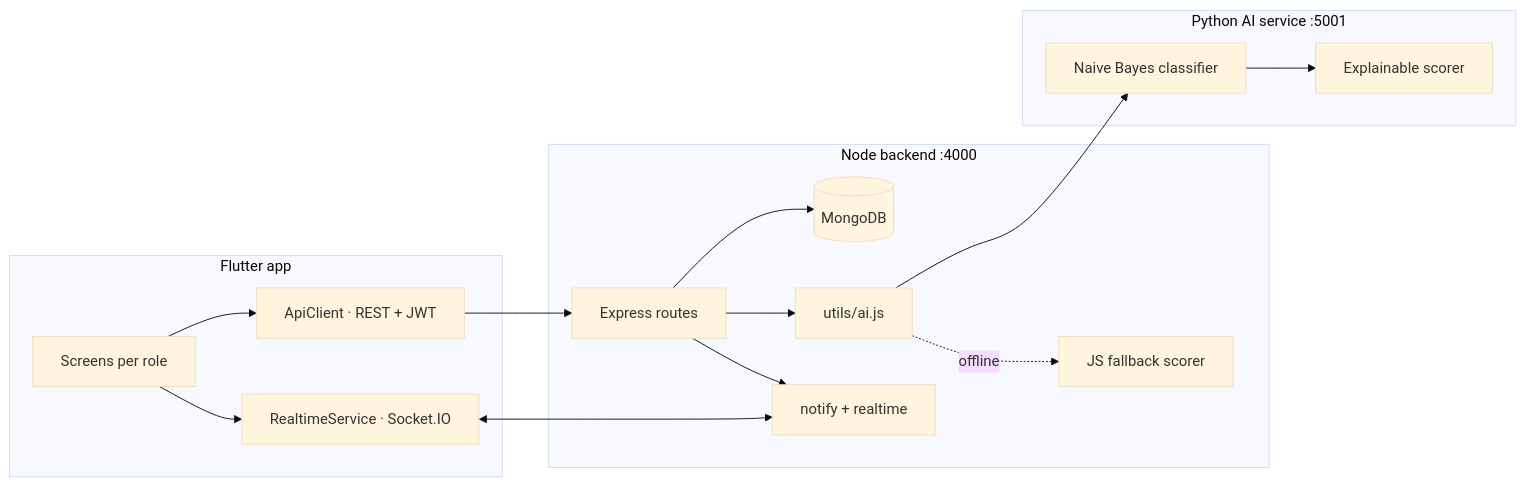
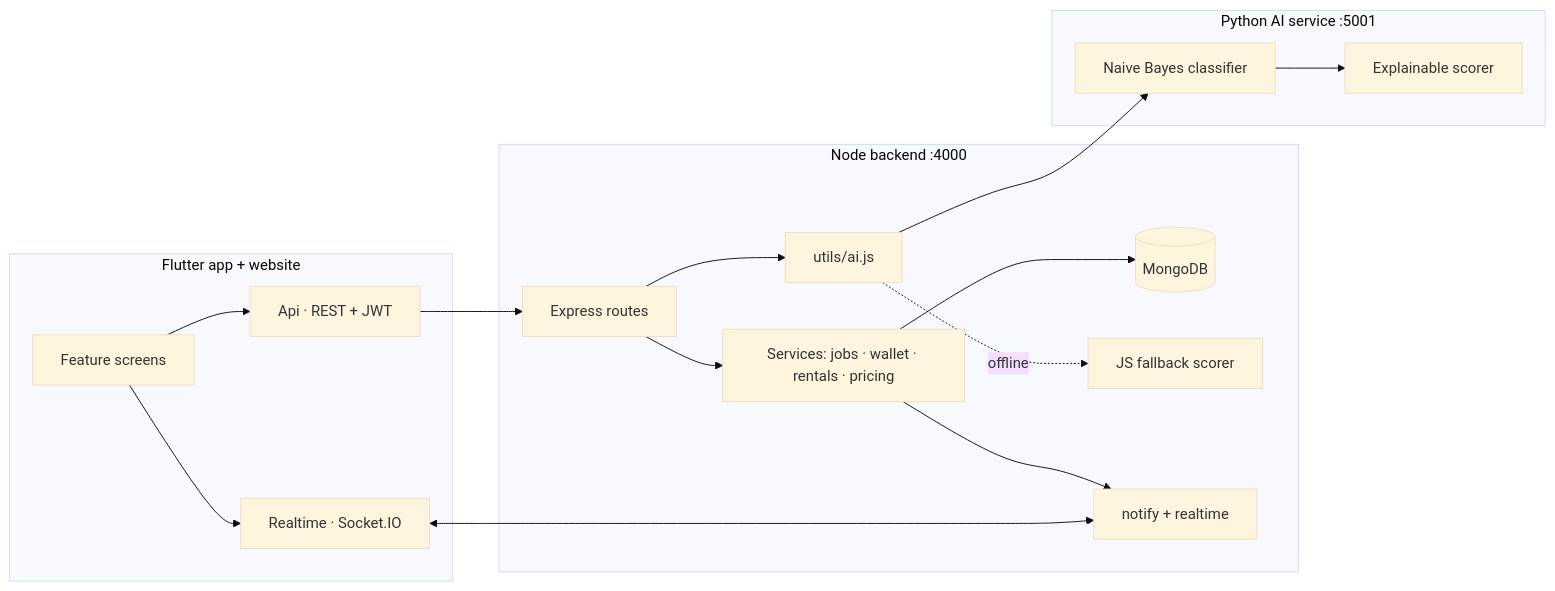
Before and after one commit to haroon7290/surefixing: the diagram in README.md, drawn with Mermaid (base theme). The commit also changed other lines of this file and 146 other files, not shown here.

````diff
--- a/README.md
+++ b/README.md
@@ -129,19 +135,20 @@
 ```mermaid
 flowchart LR
-  subgraph App[Flutter app]
-    UI[Screens per role] --> API[ApiClient · REST + JWT]
-    UI --> RT[RealtimeService · Socket.IO]
+  subgraph App[Flutter app + website]
+    UI[Feature screens] --> API[Api · REST + JWT]
+    UI --> RT[Realtime · Socket.IO]
   end
   subgraph Backend[Node backend :4000]
-    R[Express routes] --> DB[(MongoDB)]
+    R[Express routes] --> S[Services: jobs · wallet · rentals · pricing]
+    S --> DB[(MongoDB)]
     R --> AIc[utils/ai.js]
     AIc -. offline .-> FB[JS fallback scorer]
-    R --> N[notify + realtime]
+    S --> N[notify + realtime]
   end
   subgraph AI[Python AI service :5001]
     NB[Naive Bayes classifier] --> SC[Explainable scorer]
   end
   API --> R
   RT <--> N
   AIc --> NB
 ```
````
